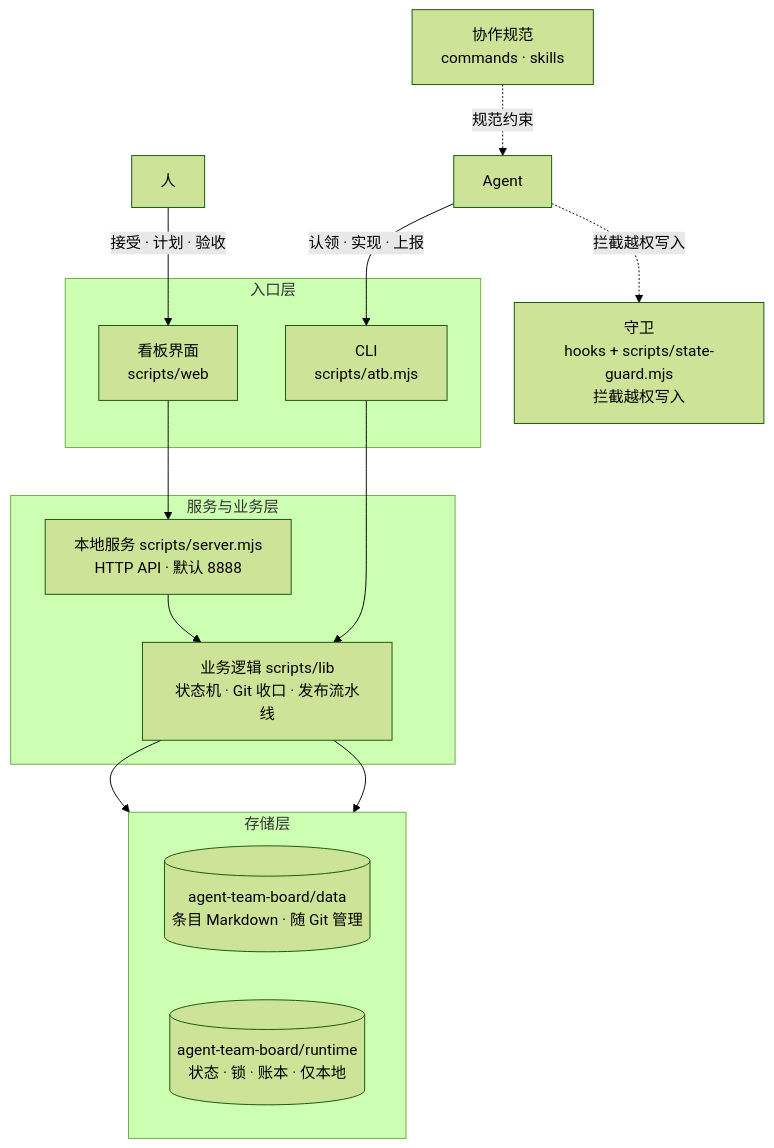
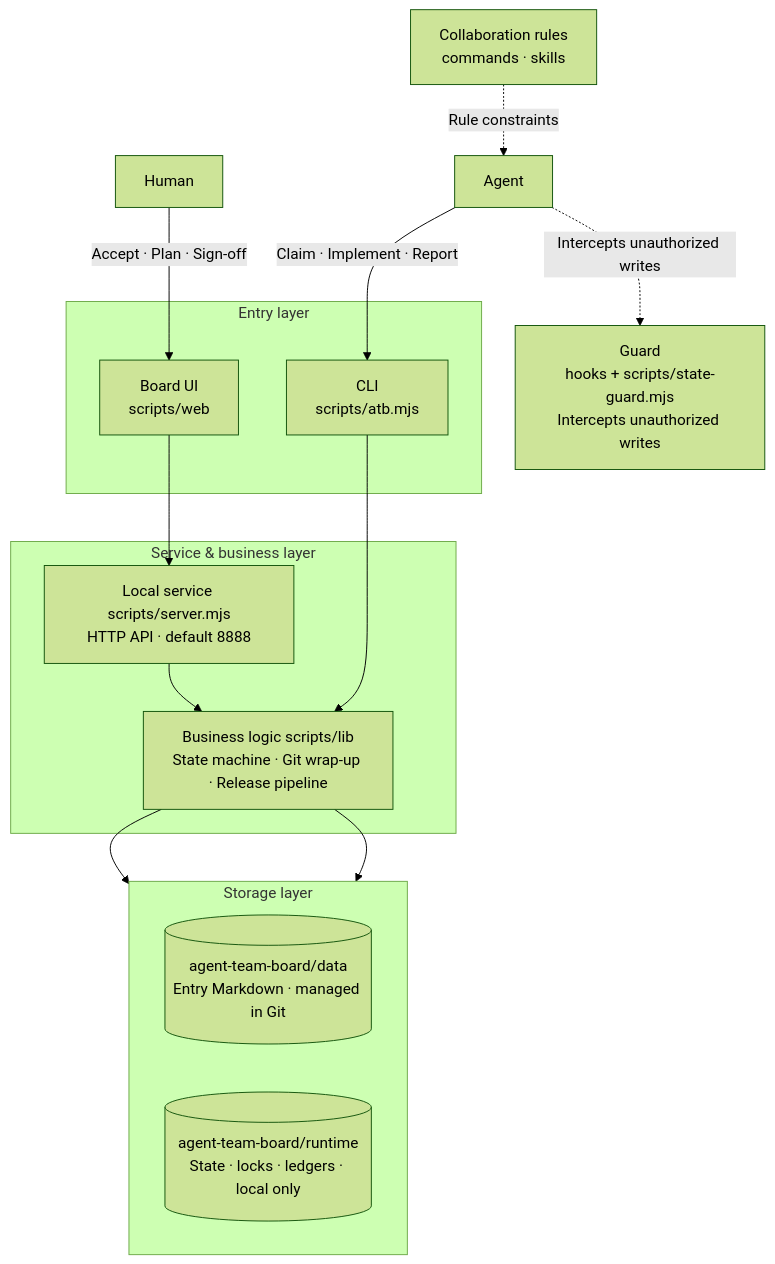
One commit to adichou/agent-team-board changed the first of 4 diagrams in DESIGN_en.md. Above: the diagram before and after it, drawn with Mermaid (forest theme). The commit also changed other lines of this file and 11 other files, not shown here.

````diff
--- a/DESIGN_en.md
+++ b/DESIGN_en.md
@@ -33,34 +35,34 @@
 ```mermaid
 flowchart TB
-    HUMAN["人"]
+    HUMAN["Human"]
     AGENT["Agent"]
-    CMD["协作规范<br/>commands · skills"]
+    CMD["Collaboration rules<br/>commands · skills"]
 
-    subgraph ENTRY["入口层"]
-        WEB["看板界面<br/>scripts/web"]
+    subgraph ENTRY["Entry layer"]
+        WEB["Board UI<br/>scripts/web"]
         CLI["CLI<br/>scripts/atb.mjs"]
     end
 
-    subgraph CORE["服务与业务层"]
-        SRV["本地服务 scripts/server.mjs<br/>HTTP API · 默认 8888"]
-        LIB["业务逻辑 scripts/lib<br/>状态机 · Git 收口 · 发布流水线"]
+    subgraph CORE["Service & business layer"]
+        SRV["Local service scripts/server.mjs<br/>HTTP API · default 8888"]
+        LIB["Business logic scripts/lib<br/>State machine · Git wrap-up · Release pipeline"]
     end
 
-    subgraph STORE["存储层"]
+    subgraph STORE["Storage layer"]
         direction LR
-        DATA[("agent-team-board/data<br/>条目 Markdown · 随 Git 管理")]
-        RT[("agent-team-board/runtime<br/>状态 · 锁 · 账本 · 仅本地")]
+        DATA[("agent-team-board/data<br/>Entry Markdown · managed in Git")]
+        RT[("agent-team-board/runtime<br/>State · locks · ledgers · local only")]
     end
 
-    GUARD["守卫<br/>hooks + scripts/state-guard.mjs<br/>拦截越权写入"]
+    GUARD["Guard<br/>hooks + scripts/state-guard.mjs<br/>Intercepts unauthorized writes"]
 
-    HUMAN -->|"接受 · 计划 · 验收"| WEB
-    AGENT -->|"认领 · 实现 · 上报"| CLI
-    CMD -.->|规范约束| AGENT
+    HUMAN -->|"Accept · Plan · Sign-off"| WEB
+    AGENT -->|"Claim · Implement · Report"| CLI
+    CMD -.->|"Rule constraints"| AGENT
     WEB --> SRV
     CLI --> LIB
     SRV --> LIB
     LIB --> DATA
     LIB --> RT
-    AGENT -.->|拦截越权写入| GUARD
+    AGENT -.->|"Intercepts unauthorized writes"| GUARD
 ```
````
